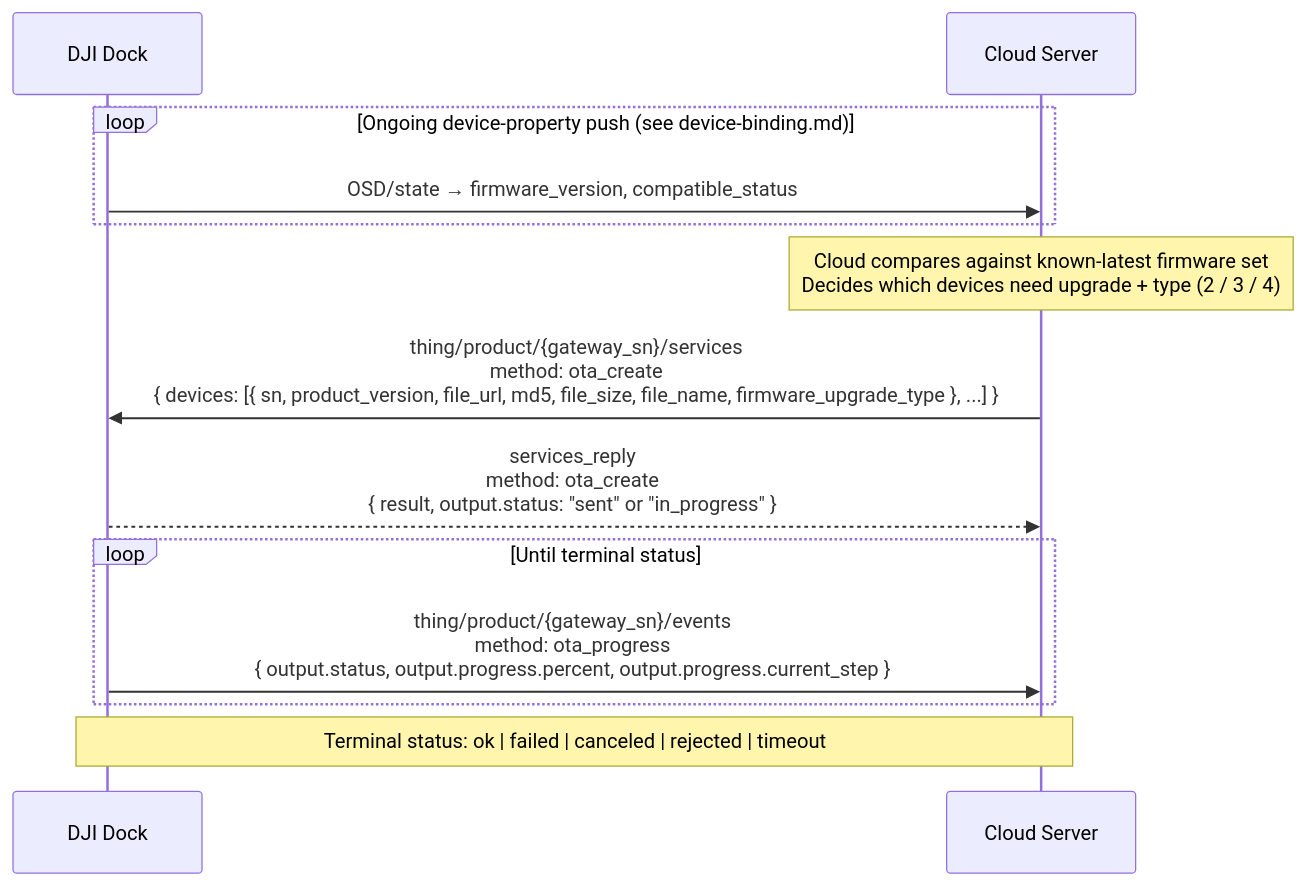
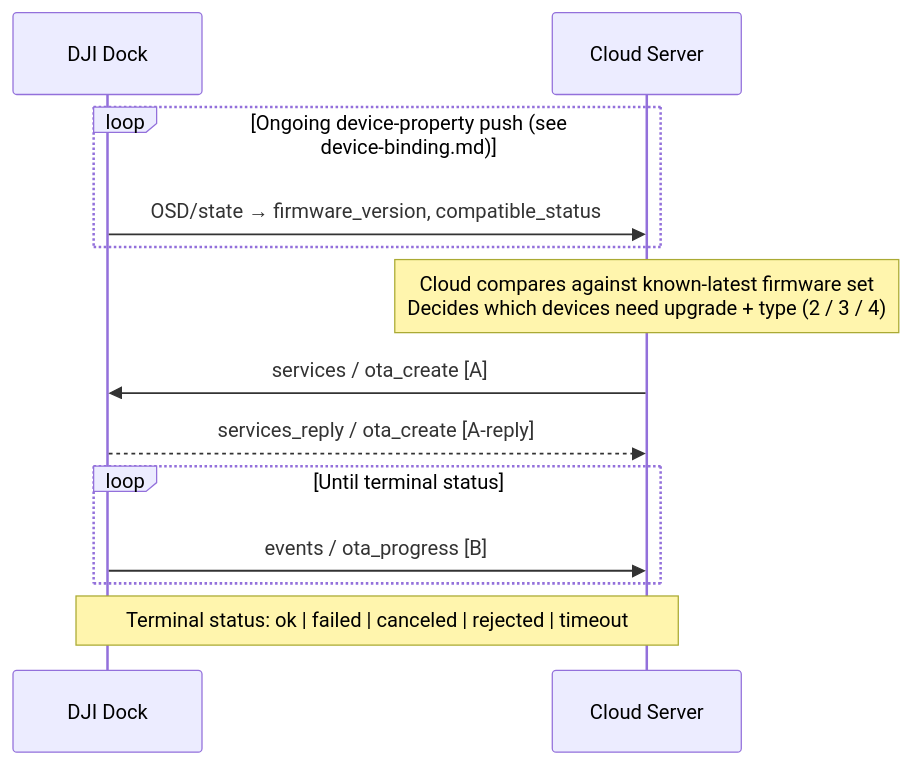
The first of 2 diagrams in master-docs/workflows/firmware-and-config-update.md (larry-watkins-wps/DJI-docs-master), drawn with Mermaid before and after one commit. The commit also changed other lines of this file and 10 other files, not shown here.

First line of the commit message:
docs: beautify workflow mermaid diagrams with separate JSON payload blocks

````diff
--- a/master-docs/workflows/firmware-and-config-update.md
+++ b/master-docs/workflows/firmware-and-config-update.md
@@ -39,20 +39,20 @@
 ```mermaid
 sequenceDiagram
     participant dock as DJI Dock
     participant cloud as Cloud Server
 
     loop Ongoing device-property push (see device-binding.md)
         dock ->> cloud: OSD/state → firmware_version, compatible_status
     end
 
     note over cloud: Cloud compares against known-latest firmware set<br/>Decides which devices need upgrade + type (2 / 3 / 4)
 
-    cloud ->> dock: thing/product/{gateway_sn}/services<br/>method: ota_create<br/>{ devices: [{ sn, product_version, file_url, md5, file_size, file_name, firmware_upgrade_type }, ...] }
-    dock -->> cloud: services_reply<br/>method: ota_create<br/>{ result, output.status: "sent" or "in_progress" }
+    cloud ->> dock: services / ota_create   [A]
+    dock -->> cloud: services_reply / ota_create   [A-reply]
 
     loop Until terminal status
-        dock ->> cloud: thing/product/{gateway_sn}/events<br/>method: ota_progress<br/>{ output.status, output.progress.percent, output.progress.current_step }
+        dock ->> cloud: events / ota_progress   [B]
     end
 
     note over dock,cloud: Terminal status: ok | failed | canceled | rejected | timeout
 ```
````
